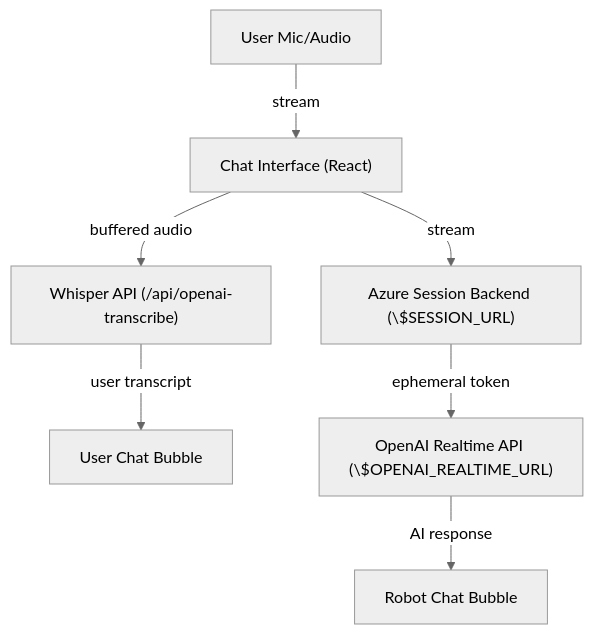
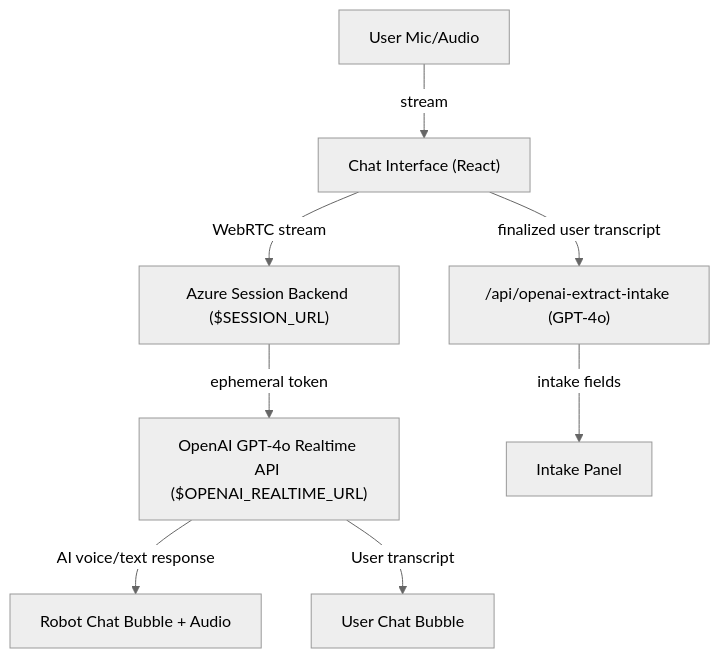
The diagram in README.md (mrballistic/voice-chat-demo), drawn with Mermaid (neutral theme) before and after one commit. The commit also changed other lines of this file, not shown here.

Commit message:
fix: update README to reflect removal of OpenAI Whisper and clarify GPT-4o Realtime API functionality

````diff
--- a/README.md
+++ b/README.md
@@ -100,9 +102,10 @@
 ```mermaid
 flowchart TD
   A["User Mic/Audio"] -->|stream| B["Chat Interface (React)"]
-  B -->|buffered audio| C["Whisper API (/api/openai-transcribe)"]
-  C -->|user transcript| D["User Chat Bubble"]
-  B -->|stream| E["Azure Session Backend (\$SESSION_URL)"]
-  E -->|ephemeral token| F["OpenAI Realtime API (\$OPENAI_REALTIME_URL)"]
-  F -->|AI response| G["Robot Chat Bubble"]
+  B -->|WebRTC stream| C["Azure Session Backend ($SESSION_URL)"]
+  C -->|ephemeral token| D["OpenAI GPT-4o Realtime API ($OPENAI_REALTIME_URL)"]
+  D -->|AI voice/text response| E["Robot Chat Bubble + Audio"]
+  D -->|User transcript| F["User Chat Bubble"]
+  B -->|finalized user transcript| G["/api/openai-extract-intake (GPT-4o)"]
+  G -->|intake fields| H["Intake Panel"]
 ```
````
